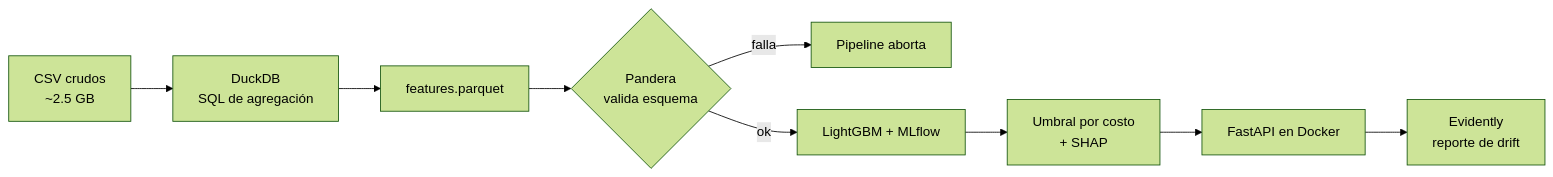
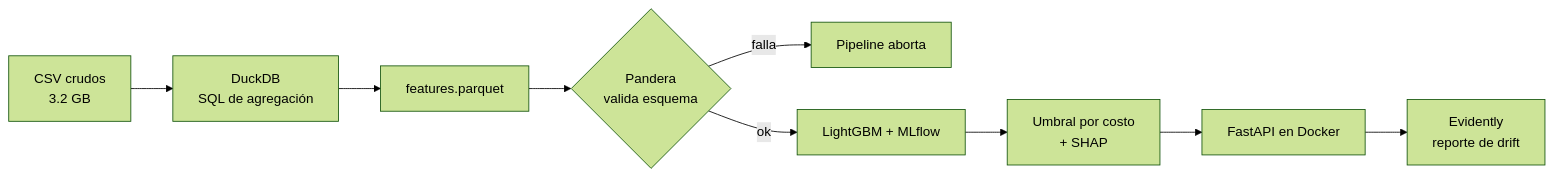
Before and after one commit to leo-dev11/Ayni: the diagram in README.md, drawn with Mermaid (forest theme). The commit also changed other lines of this file and 2 other files, not shown here.

````diff
--- a/README.md
+++ b/README.md
@@ -121,11 +124,11 @@
 ```mermaid
 flowchart LR
-    A[CSV crudos<br/>~2.5 GB] --> B[DuckDB<br/>SQL de agregación]
+    A[CSV crudos<br/>3.2 GB] --> B[DuckDB<br/>SQL de agregación]
     B --> C[features.parquet]
     C --> D{Pandera<br/>valida esquema}
     D -->|falla| X[Pipeline aborta]
     D -->|ok| E[LightGBM + MLflow]
     E --> F[Umbral por costo<br/>+ SHAP]
     F --> G[FastAPI en Docker]
     G --> H[Evidently<br/>reporte de drift]
 ```
````
